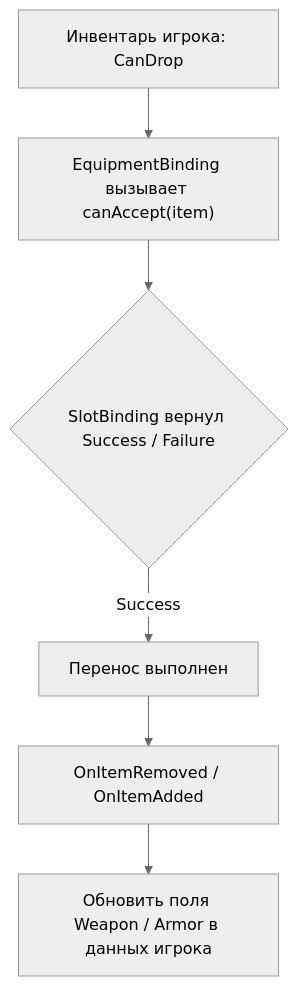
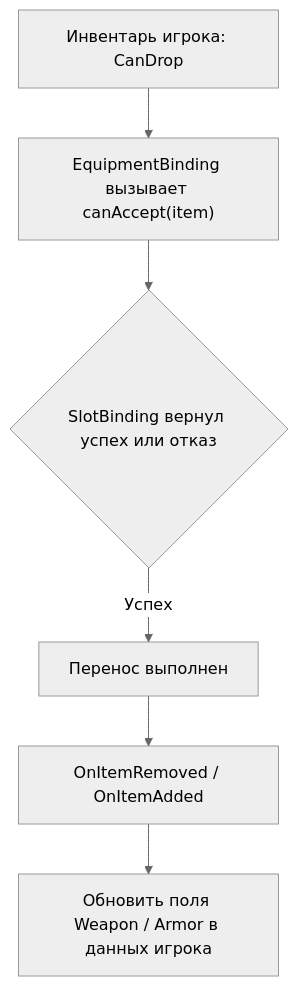
Before and after one commit to SergeevSergey99/DragAndDropSystem-Docs: the third of 3 diagrams in .docs/content/examples/equipment.md, drawn with Mermaid (neutral theme). The commit also changed 3 other files, not shown here.

````diff
--- a/.docs/content/examples/equipment.md
+++ b/.docs/content/examples/equipment.md
@@ -148,8 +148,8 @@
 ```mermaid
 flowchart TD
     A["Инвентарь игрока: CanDrop"] --> B["EquipmentBinding вызывает canAccept(item)"]
-    B --> C{"SlotBinding вернул Success / Failure"}
-    C -->|Success| D["Перенос выполнен"]
+    B --> C{"SlotBinding вернул успех или отказ"}
+    C -->|Успех| D["Перенос выполнен"]
     D --> E["OnItemRemoved / OnItemAdded"]
     E --> F["Обновить поля Weapon / Armor в данных игрока"]
 ```
````
